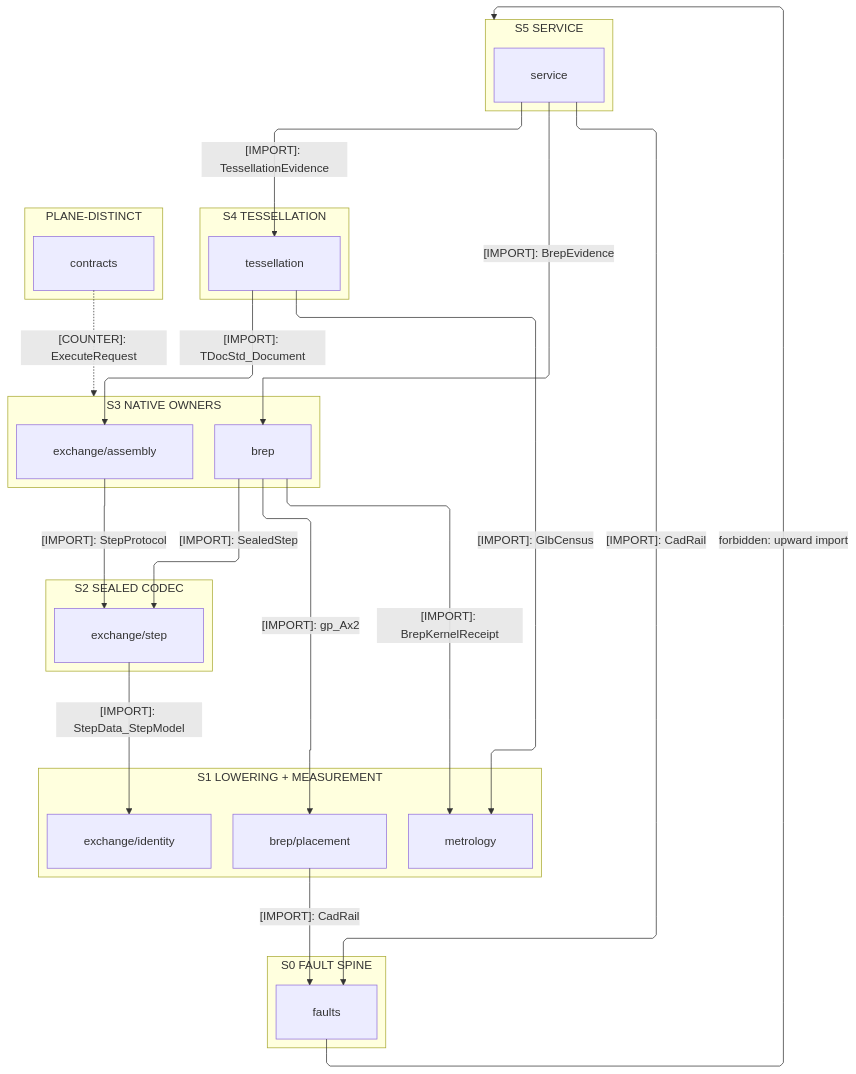
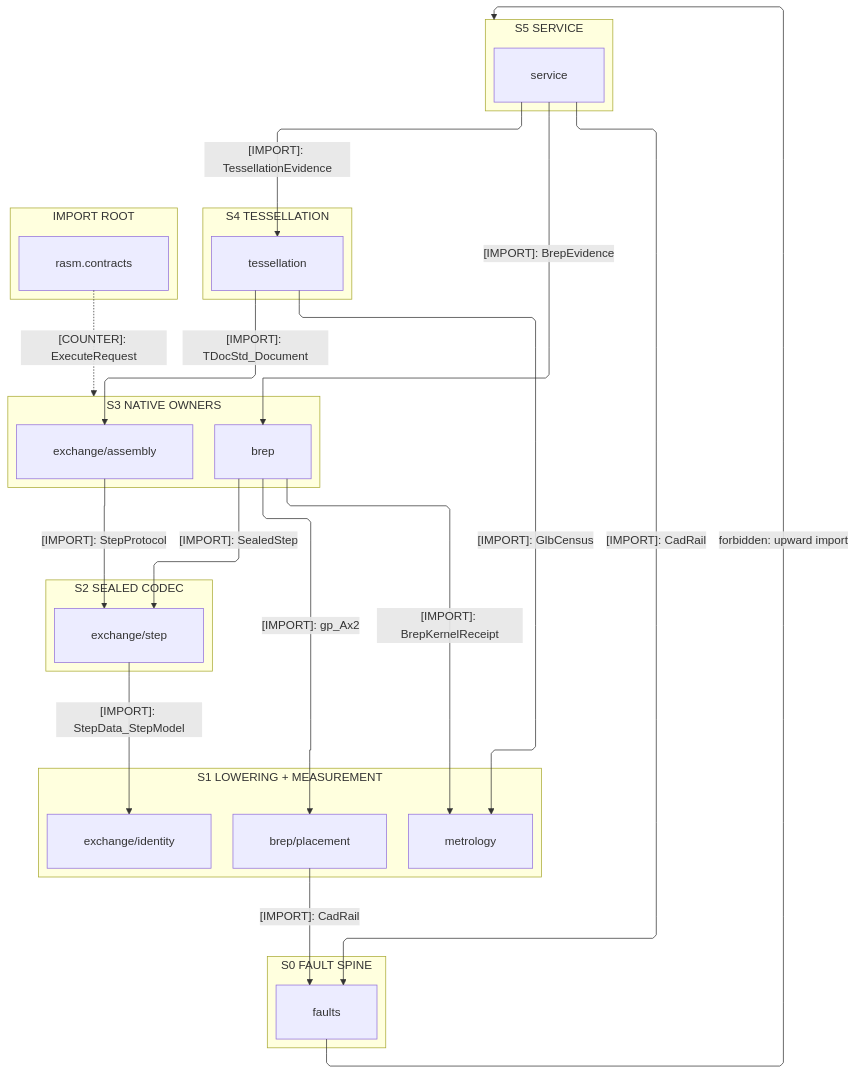
One commit to bsamiee/Rasm changed the first of 3 diagrams in libs/python/cad/ARCHITECTURE.md. Above: the diagram before and after it, drawn with Mermaid. The commit also changed other lines of this file and 522 other files, not shown here.

````diff
--- a/libs/python/cad/ARCHITECTURE.md
+++ b/libs/python/cad/ARCHITECTURE.md
@@ -38,49 +38,49 @@
 ```mermaid
 ---
 config:
   layout: elk
   flowchart:
     curve: linear
     padding: 25
 ---
 flowchart TB
     accTitle: cad provider import strata
-    accDescr: Import strata from the served call down to the fault spine, with contracts seated plane-distinct beside every rank.
+    accDescr: Import strata from the served call down to the fault spine, with the rasm.contracts import root seated beside every rank.
     subgraph S5["S5 SERVICE"]
         Service[service]
     end
     subgraph S4["S4 TESSELLATION"]
         Tessellation[tessellation]
     end
     subgraph S3["S3 NATIVE OWNERS"]
         Brep[brep]
         Assembly[exchange/assembly]
     end
     subgraph S2["S2 SEALED CODEC"]
         Step[exchange/step]
     end
     subgraph S1["S1 LOWERING + MEASUREMENT"]
         Placement[brep/placement]
         Identity[exchange/identity]
         Metrology[metrology]
     end
     subgraph S0["S0 FAULT SPINE"]
         Faults[faults]
     end
-    subgraph PLANE["PLANE-DISTINCT"]
-        Contracts[contracts]
+    subgraph ROOTS["IMPORT ROOT"]
+        Contracts[rasm.contracts]
     end
     Service e1@-->|"[IMPORT]: TessellationEvidence"| Tessellation
     Service e2@-->|"[IMPORT]: BrepEvidence"| Brep
     Service e3@-->|"[IMPORT]: CadRail"| Faults
     Tessellation e4@-->|"[IMPORT]: TDocStd_Document"| Assembly
     Tessellation e5@-->|"[IMPORT]: GlbCensus"| Metrology
     Brep e6@-->|"[IMPORT]: SealedStep"| Step
     Brep e7@-->|"[IMPORT]: gp_Ax2"| Placement
     Brep e8@-->|"[IMPORT]: BrepKernelReceipt"| Metrology
     Assembly e9@-->|"[IMPORT]: StepProtocol"| Step
     Step e10@-->|"[IMPORT]: StepData_StepModel"| Identity
     Placement e11@-->|"[IMPORT]: CadRail"| Faults
     Contracts e12@-.->|"[COUNTER]: ExecuteRequest"| S3
     Faults f1@-->|"forbidden: upward import"| S5
 ```
````
